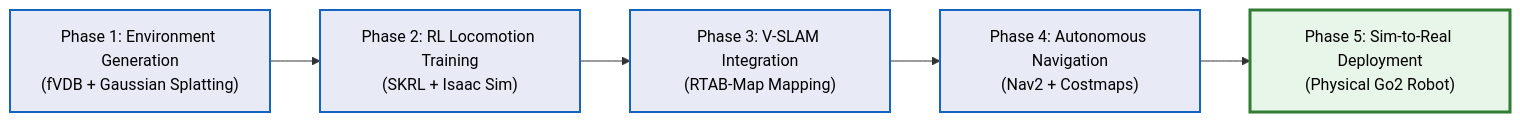
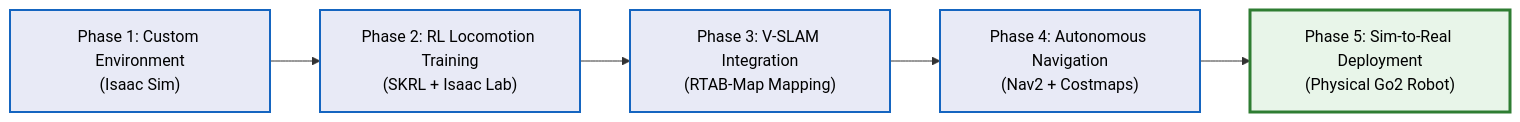
Before and after one commit to CGV-HGU/isaac-go2-ros2: the first of 2 diagrams in README.md, drawn with Mermaid. The commit also changed other lines of this file, not shown here.

Commit message:
docs: specify CGV Lab as the author and remove capstone/ICCAS references in README

````diff
--- a/README.md
+++ b/README.md
@@ -34,17 +35,17 @@
 ```mermaid
 flowchart LR
     %% Styling
     classDef phase fill:#e8eaf6,stroke:#1565c0,stroke-width:2px,color:#000;
     classDef deploy fill:#e8f5e9,stroke:#2e7d32,stroke-width:3px,color:#000;
 
-    P1["Phase 1: Environment Generation<br>(fVDB + Gaussian Splatting)"]:::phase
-    P2["Phase 2: RL Locomotion Training<br>(SKRL + Isaac Sim)"]:::phase
+    P1["Phase 1: Custom Environment<br>(Isaac Sim)"]:::phase
+    P2["Phase 2: RL Locomotion Training<br>(SKRL + Isaac Lab)"]:::phase
     P3["Phase 3: V-SLAM Integration<br>(RTAB-Map Mapping)"]:::phase
     P4["Phase 4: Autonomous Navigation<br>(Nav2 + Costmaps)"]:::phase
     P5["Phase 5: Sim-to-Real Deployment<br>(Physical Go2 Robot)"]:::deploy
 
     P1 --> P2
     P2 --> P3
     P3 --> P4
     P4 --> P5
 ```
````
